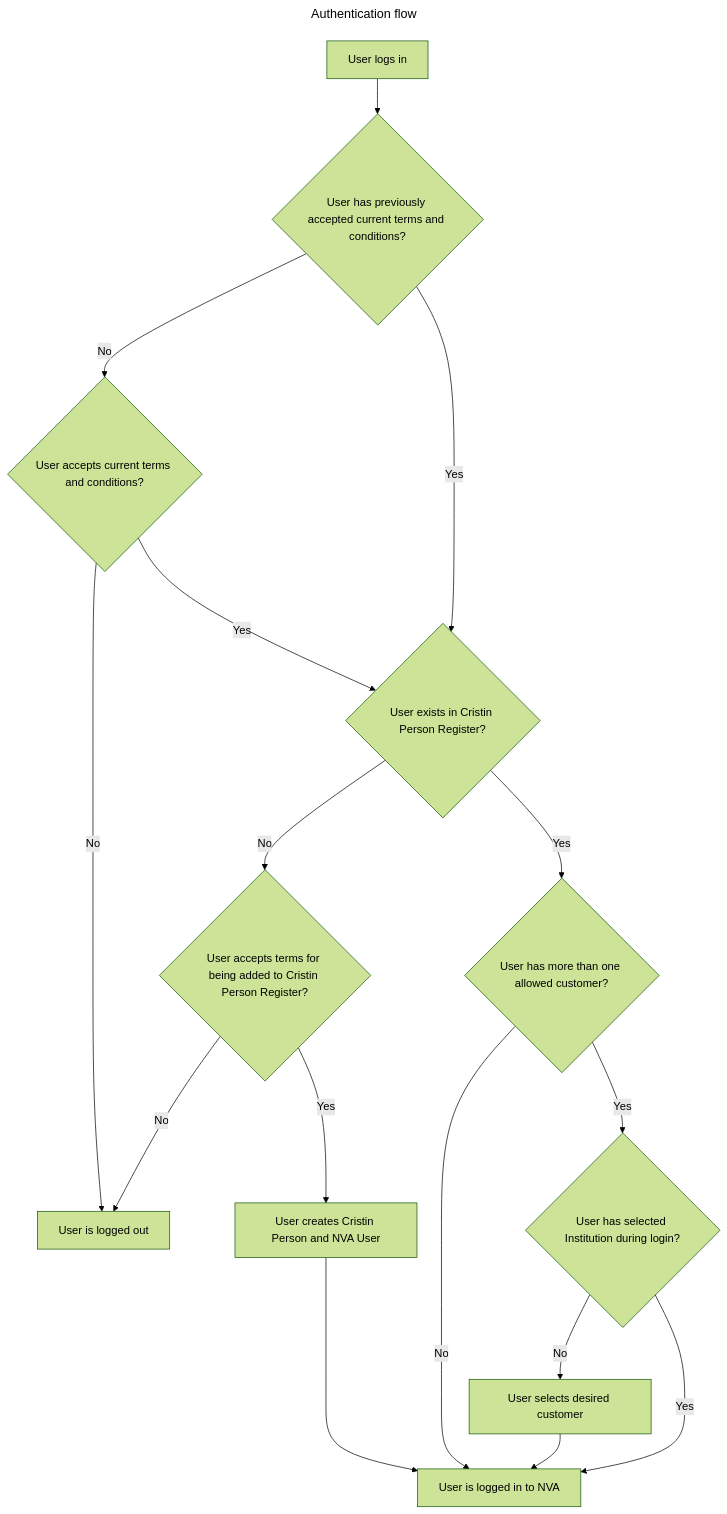
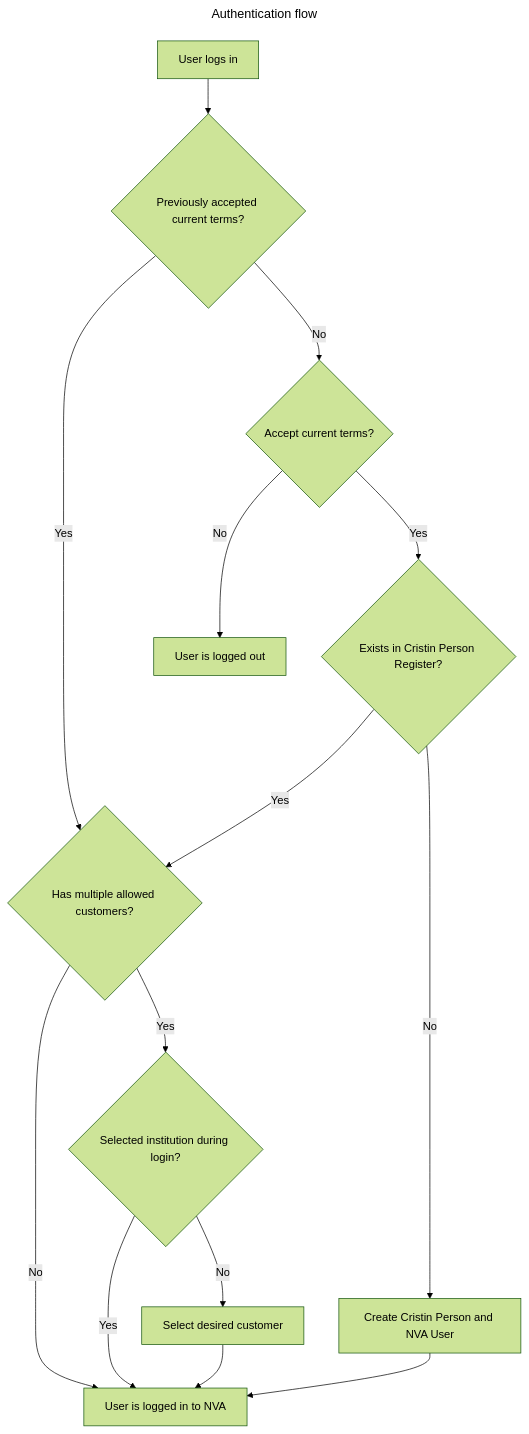
One commit to BIBSYSDEV/NVA-Frontend changed the diagram in documentation/authentication.md. Above: the diagram before and after it, drawn with Mermaid (forest theme). The commit also changed other lines of this file, not shown here.

Commit message:
Merge nodes for accept terms

````diff
--- a/documentation/authentication.md
+++ b/documentation/authentication.md
@@ -5,28 +5,36 @@
 ```mermaid
 ---
 title: Authentication flow
 ---
 flowchart TD
-    A[User logs in] --> B{User has previously accepted current terms and conditions?}
+    login[User logs in]
+    hasAcceptedTerms{Previously accepted current terms?}
+    acceptTerms{Accept current terms?}
+    existsInCristin{Exists in Cristin Person Register?}
+    logout[User is logged out]
+    hasMultipleCustomers{Has multiple allowed customers?}
+    createUser[Create Cristin Person and NVA User]
+    loggedIn[User is logged in to NVA]
+    hasSelectedInstitution{Selected institution during login?}
+    selectCustomer[Select desired customer]
 
-    B -- No --> C{User accepts current terms and conditions?}
-    B -- Yes --> D{User exists in Cristin Person Register?}
+    login --> hasAcceptedTerms
 
-    C -- No --> E[User is logged out]
-    C -- Yes --> D
+    hasAcceptedTerms -- No --> acceptTerms
+    hasAcceptedTerms -- Yes --> hasMultipleCustomers
 
-    D -- No --> F{User accepts terms for being added to Cristin Person Register?}
-    D -- Yes --> G{User has more than one allowed customer?}
+    acceptTerms -- No --> logout
+    acceptTerms -- Yes --> existsInCristin
 
-    F -- No --> E
-    F -- Yes --> H[User creates Cristin Person and NVA User]
+    existsInCristin -- No --> createUser
+    existsInCristin -- Yes --> hasMultipleCustomers
 
-    G -- No --> I[User is logged in to NVA]
-    G -- Yes --> J{User has selected Institution during login?}
+    hasMultipleCustomers -- No --> loggedIn
+    hasMultipleCustomers -- Yes --> hasSelectedInstitution
 
-    J -- No --> K[User selects desired customer]
-    J -- Yes --> I
+    hasSelectedInstitution -- No --> selectCustomer
+    hasSelectedInstitution -- Yes --> loggedIn
 
-    K --> I
-    H --> I
+    selectCustomer --> loggedIn
+    createUser --> loggedIn
 ```
````
